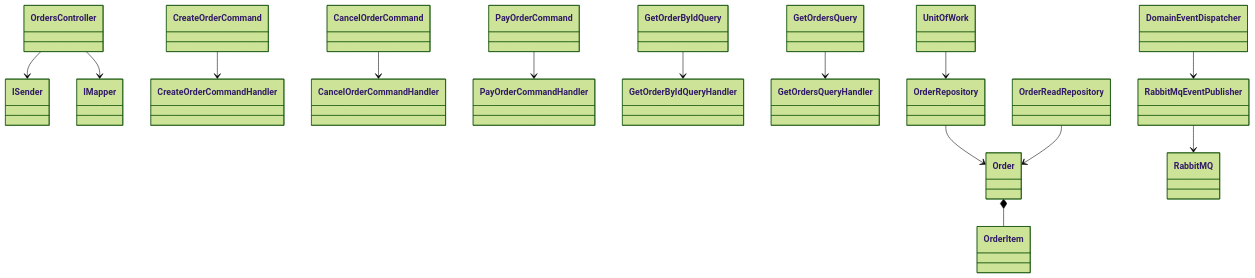
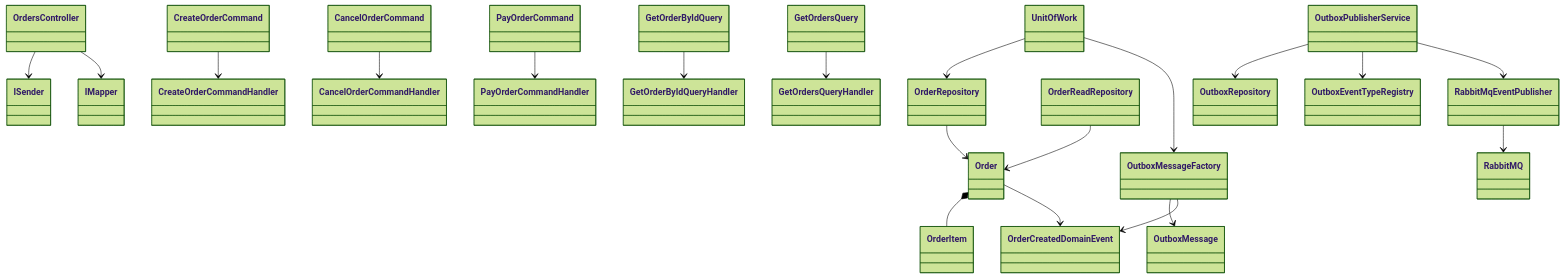
Before and after one commit to MarcosMj2rs/OrderFlow: the first of 11 diagrams in docs/diagrams/Arquitetura-Geral.md, drawn with Mermaid (forest theme). The commit also changed other lines of this file and 3 other files, not shown here.

````diff
--- a/docs/diagrams/Arquitetura-Geral.md
+++ b/docs/diagrams/Arquitetura-Geral.md
@@ -27,60 +61,73 @@
 ```mermaid
 classDiagram
 
 %% API
 
 class OrdersController
 class ISender
 class IMapper
 
 OrdersController --> ISender
 OrdersController --> IMapper
 
 %% APPLICATION
 
 class CreateOrderCommand
 class CancelOrderCommand
 class PayOrderCommand
 
 class CreateOrderCommandHandler
 class CancelOrderCommandHandler
 class PayOrderCommandHandler
 
 CreateOrderCommand --> CreateOrderCommandHandler
 CancelOrderCommand --> CancelOrderCommandHandler
 PayOrderCommand --> PayOrderCommandHandler
 
 class GetOrderByIdQuery
 class GetOrdersQuery
 
 class GetOrderByIdQueryHandler
 class GetOrdersQueryHandler
 
 GetOrderByIdQuery --> GetOrderByIdQueryHandler
 GetOrdersQuery --> GetOrdersQueryHandler
 
 %% DOMAIN
 
 class Order
 class OrderItem
+class OrderCreatedDomainEvent
 
 Order *-- OrderItem
+Order --> OrderCreatedDomainEvent
 
 %% INFRASTRUCTURE
 
 class OrderRepository
 class OrderReadRepository
 class UnitOfWork
-class DomainEventDispatcher
+class OutboxMessage
+class OutboxMessageFactory
+class OutboxRepository
+class OutboxEventTypeRegistry
+class OutboxPublisherService
 class RabbitMqEventPublisher
 
 OrderRepository --> Order
 OrderReadRepository --> Order
+
 UnitOfWork --> OrderRepository
+UnitOfWork --> OutboxMessageFactory
 
-DomainEventDispatcher --> RabbitMqEventPublisher
+OutboxMessageFactory --> OutboxMessage
+OutboxMessageFactory --> OrderCreatedDomainEvent
+
+OutboxPublisherService --> OutboxRepository
+OutboxPublisherService --> OutboxEventTypeRegistry
+OutboxPublisherService --> RabbitMqEventPublisher
 
 class RabbitMQ
 
 RabbitMqEventPublisher --> RabbitMQ
 ```
````
